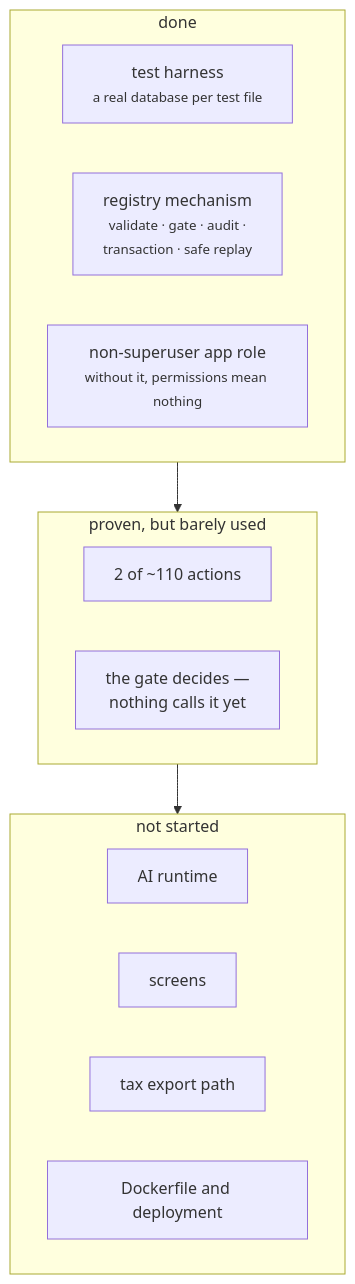
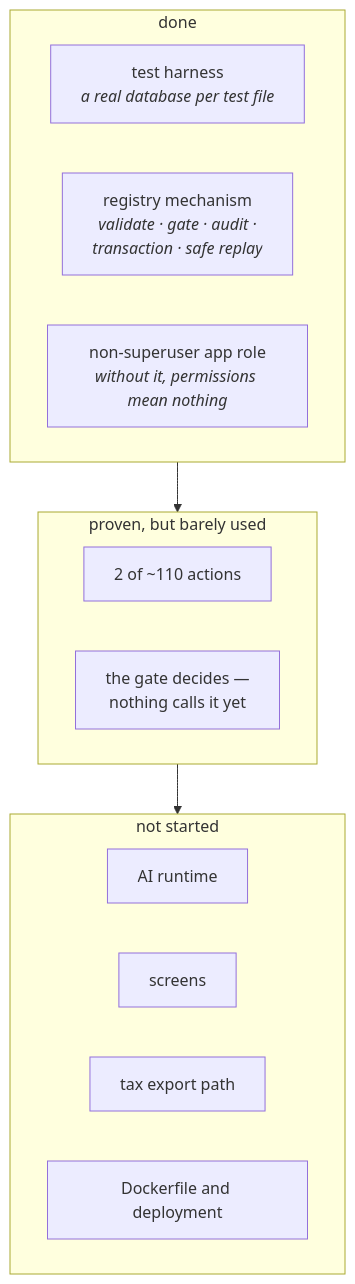
The diagram in docs/wiki/Project-Status.md (VoltLightning/waltning), drawn with Mermaid before and after one commit. The commit also changed 15 other files, not shown here.

````diff
--- a/docs/wiki/Project-Status.md
+++ b/docs/wiki/Project-Status.md
@@ -8,22 +8,22 @@
 ```mermaid
 graph TB
     subgraph done["done"]
-        T["test harness<br/><small>a real database per test file</small>"]
-        REG["registry mechanism<br/><small>validate · gate · audit ·<br/>transaction · safe replay</small>"]
-        ROLE["non-superuser app role<br/><small>without it, permissions mean nothing</small>"]
+        T["test harness<br/><i>a real database per test file</i>"]
+        REG["registry mechanism<br/><i>validate · gate · audit ·<br/>transaction · safe replay</i>"]
+        ROLE["non-superuser app role<br/><i>without it, permissions mean nothing</i>"]
     end
 
     subgraph part["proven, but barely used"]
         OPS["2 of ~110 actions"]
         GATE["the gate decides —<br/>nothing calls it yet"]
     end
 
     subgraph todo["not started"]
         AGENT["AI runtime"]
         SCREENS["screens"]
         EXPORT["tax export path"]
         DEPLOY["Dockerfile and deployment"]
     end
 
     done --> part --> todo
 ```
````
